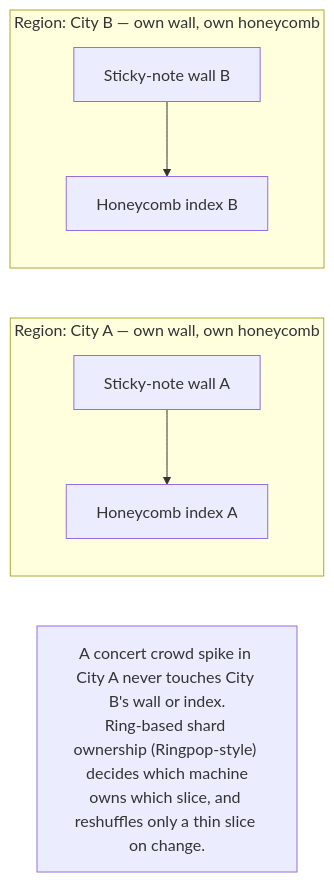
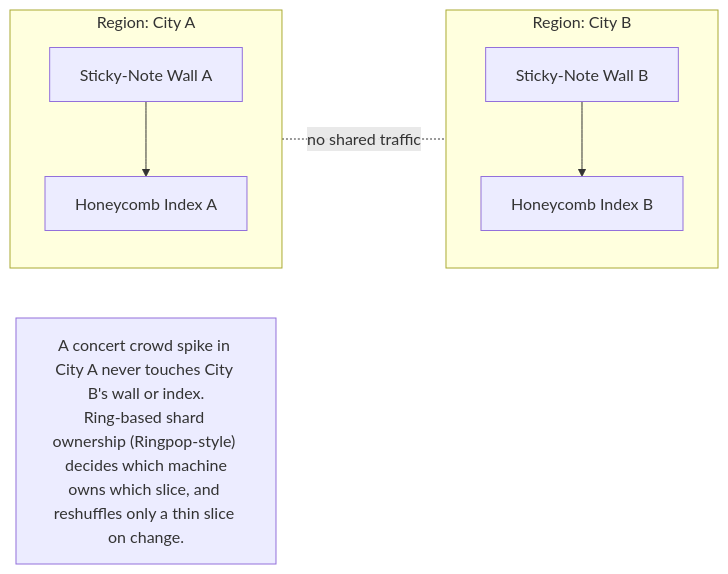
The fifth of 16 diagrams in system-design/HLD/0-course/30-Design Uber-FAANG-Guide-story.md (riyaz-pasha/Learnings), drawn with Mermaid before and after one commit. The commit also changed other lines of this file and 1 other file, not shown here.

First line of the commit message:
[REWRITE] Design Uber guides: simplify prose, add structure, fix dark-theme diagrams

````diff
--- a/system-design/HLD/0-course/30-Design Uber-FAANG-Guide-story.md
+++ b/system-design/HLD/0-course/30-Design Uber-FAANG-Guide-story.md
@@ -142,10 +361,12 @@
 ```mermaid
 flowchart LR
-    subgraph RegionA["Region: City A — own wall, own honeycomb"]
-        WA["Sticky-note wall A"] --> HA["Honeycomb index A"]
+    subgraph RegionA["Region: City A"]
+        WA["Sticky-Note Wall A"] --> HA["Honeycomb Index A"]
     end
-    subgraph RegionB["Region: City B — own wall, own honeycomb"]
-        WB["Sticky-note wall B"] --> HB["Honeycomb index B"]
+    subgraph RegionB["Region: City B"]
+        WB["Sticky-Note Wall B"] --> HB["Honeycomb Index B"]
     end
-    Note["A concert crowd spike in City A never touches City B's wall or index.\nRing-based shard ownership (Ringpop-style) decides which machine\nowns which slice, and reshuffles only a thin slice on change."]
+    RegionA -.no shared traffic.- RegionB
+
+    Note["A concert crowd spike in City A never touches City B's wall or index.<br/>Ring-based shard ownership (Ringpop-style) decides which machine<br/>owns which slice, and reshuffles only a thin slice on change."]
 ```
````
